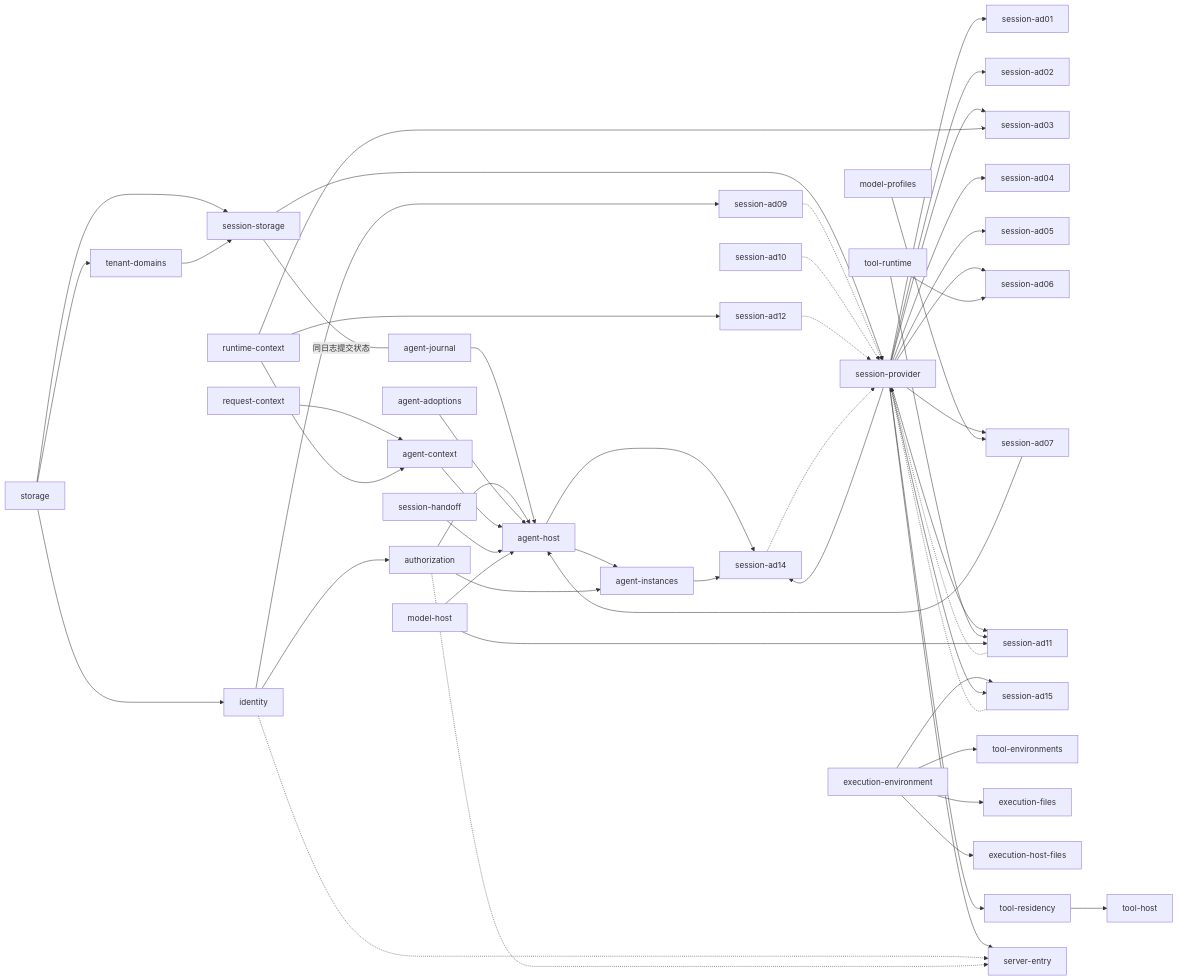
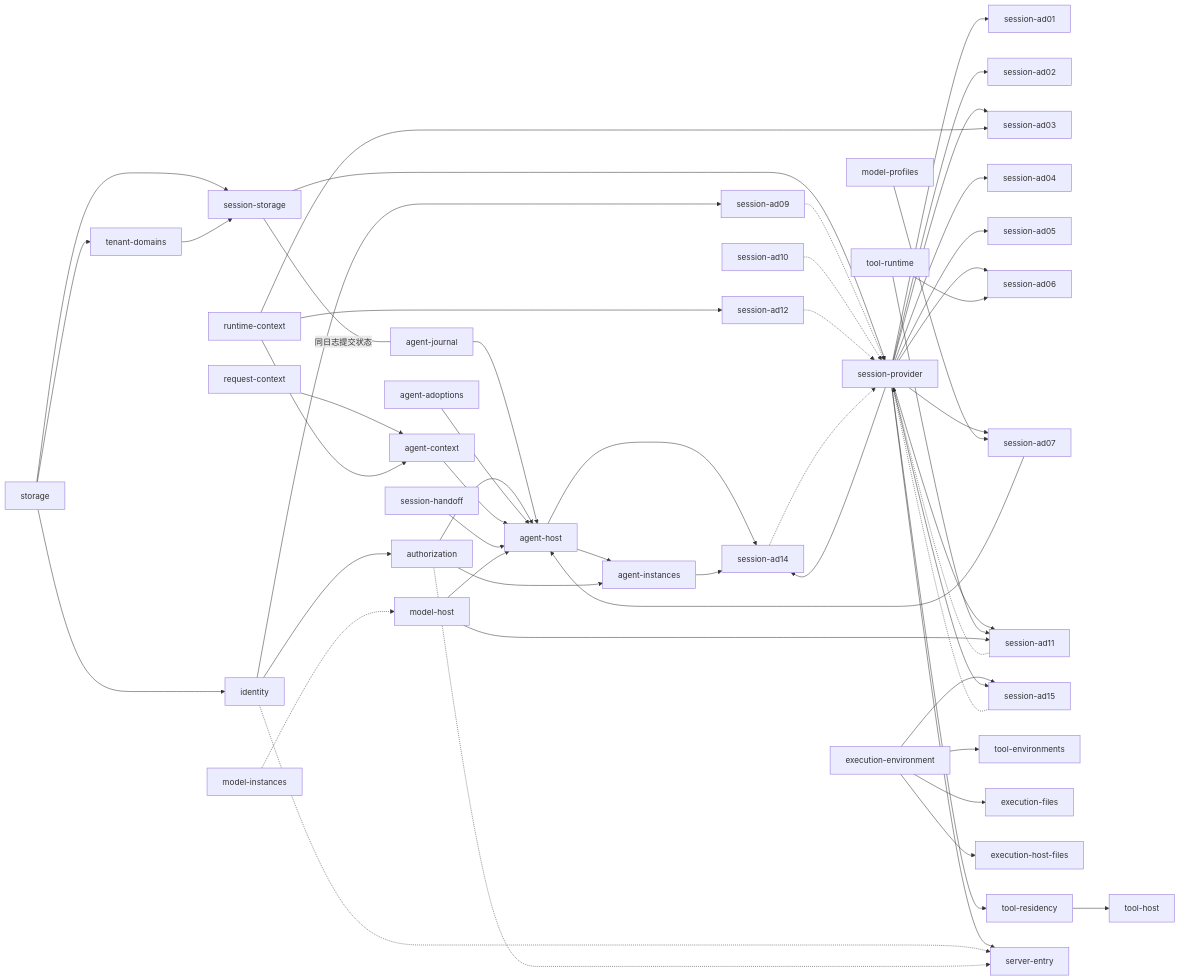
One commit to nemori-ai/omne-harness-lite changed the diagram in docs/architecture/runtime/application-assembly.md. Above: the diagram before and after it, drawn with Mermaid. The commit also changed other lines of this file, not shown here.

First line of the commit message:
docs(runtime): 装配页补 Model 实例目录与转换目录两行

````diff
--- a/docs/architecture/runtime/application-assembly.md
+++ b/docs/architecture/runtime/application-assembly.md
@@ -86,55 +88,56 @@
 ```mermaid
 flowchart LR
   storage --> tenant-domains
   storage --> identity
   storage --> session-storage
   tenant-domains --> session-storage
   session-storage ---|同日志提交状态| agent-journal
   identity --> authorization
   session-storage --> session-provider
   session-provider --> session-ad01
   session-provider --> session-ad02
   session-provider --> session-ad03
   session-provider --> session-ad04
   session-provider --> session-ad05
   session-provider --> session-ad06
   session-provider --> session-ad07
   session-provider --> session-ad11
   session-provider --> session-ad14
   runtime-context --> session-ad03
   runtime-context --> session-ad12
   model-profiles --> session-ad07
+  model-instances -.-> model-host
   identity --> session-ad09
   agent-host --> session-ad14
   agent-instances --> session-ad14
   request-context --> agent-context
   runtime-context --> agent-context
   agent-journal --> agent-host
   authorization --> agent-host
   agent-adoptions --> agent-host
   agent-context --> agent-host
   session-ad07 --> agent-host
   session-handoff --> agent-host
   model-host --> agent-host
   agent-host --> agent-instances
   authorization --> agent-instances
   tool-runtime --> session-ad06
   tool-runtime --> session-ad11
   model-host --> session-ad11
   execution-environment --> session-ad15
   session-provider --> session-ad15
   execution-environment --> tool-environments
   execution-environment --> execution-files
   execution-environment --> execution-host-files
   session-provider --> tool-residency
   tool-residency --> tool-host
   session-provider --> server-entry
   session-ad09 -.-> session-provider
   session-ad10 -.-> session-provider
   session-ad12 -.-> session-provider
   session-ad14 -.-> session-provider
   session-ad11 -.-> session-provider
   session-ad15 -.-> session-provider
   identity -.-> server-entry
   authorization -.-> server-entry
 ```
````
